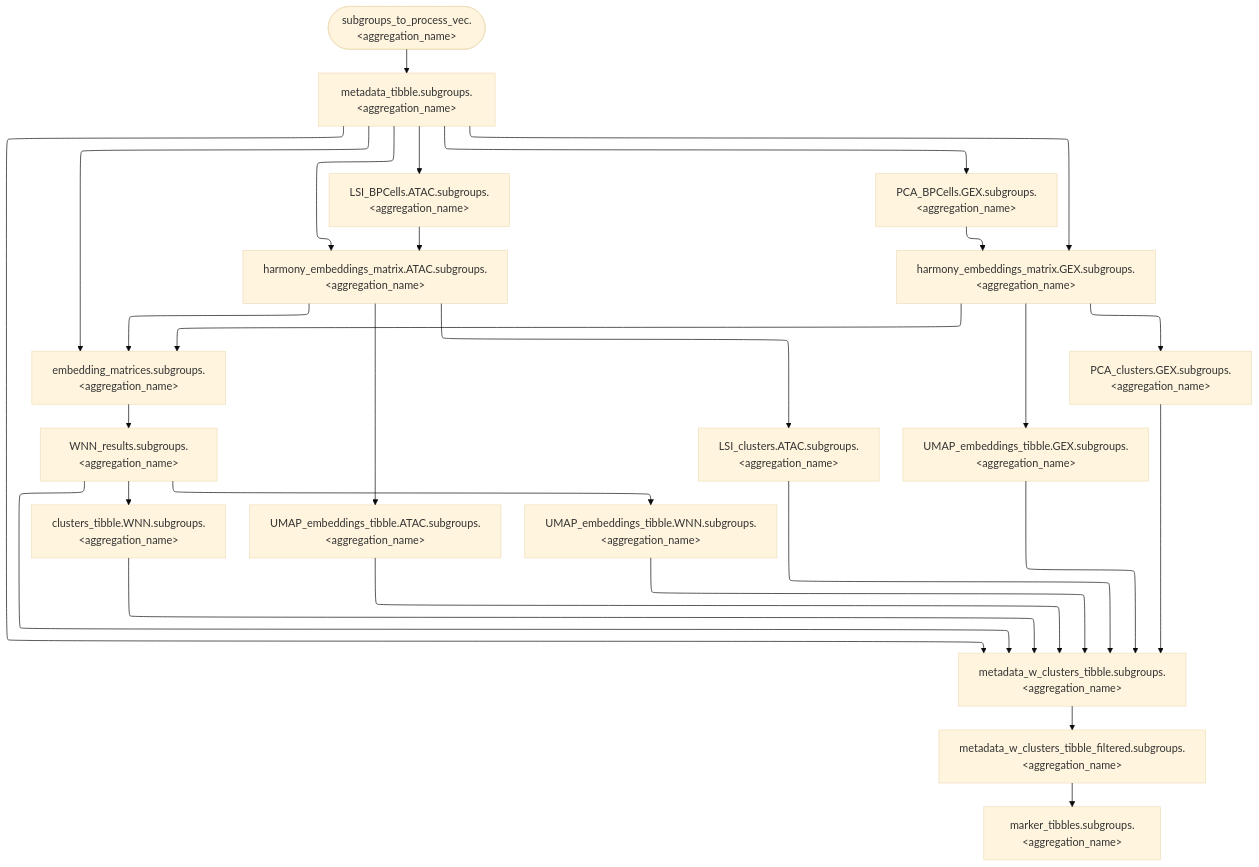
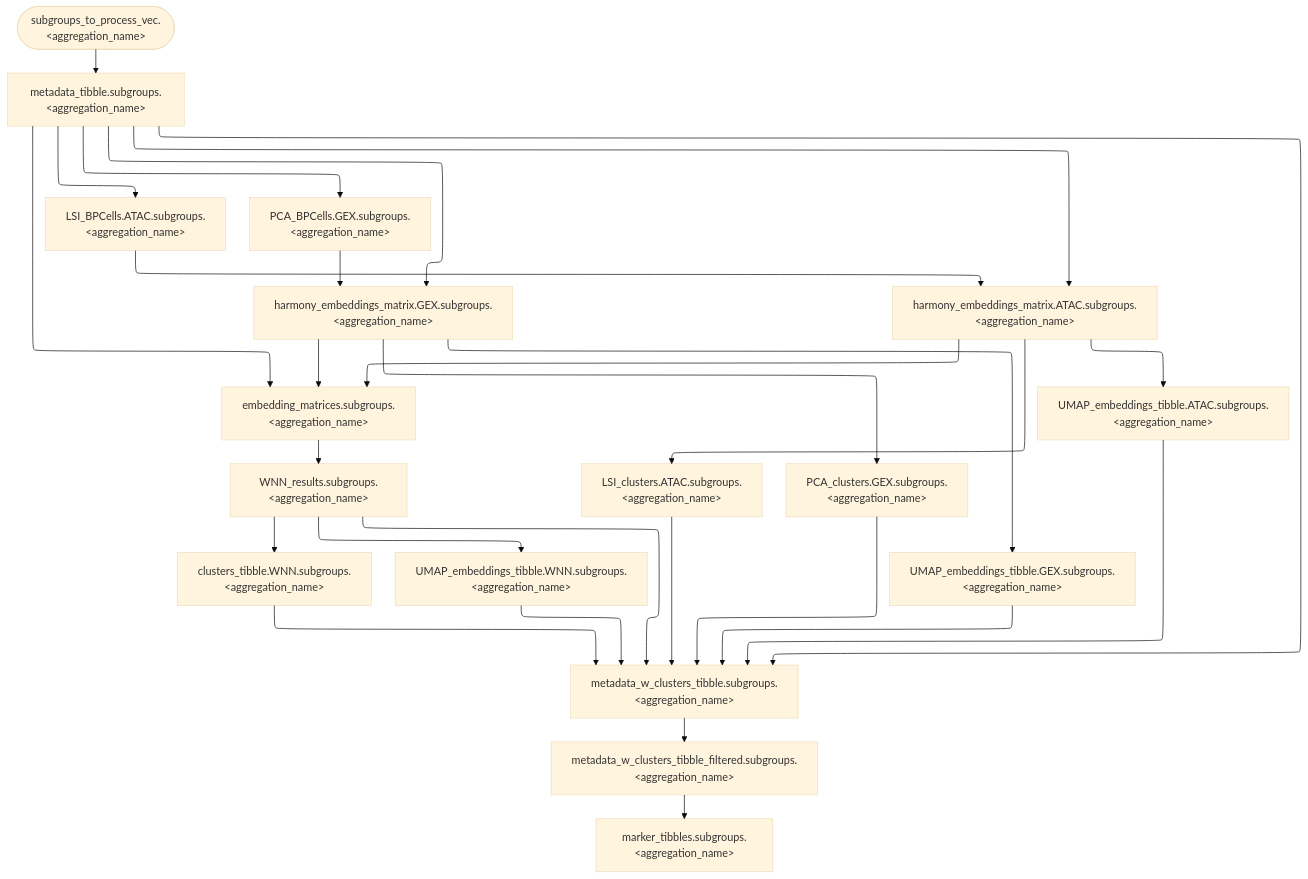
One commit to koefoeden/multiomeR changed the diagram in website/figures/human_curated/full_subgroups_v2.mmd. Above: the diagram before and after it, drawn with Mermaid (base theme). The commit also changed 105 other files, not shown here.

```diff
--- a/website/figures/human_curated/full_subgroups_v2.mmd
+++ b/website/figures/human_curated/full_subgroups_v2.mmd
@@ -1,29 +1,29 @@
 %%{init: {'flowchart': {'defaultRenderer': 'elk'}}}%%
 flowchart TB
-  WNN_results.subgroups.brain_mouse["WNN_results.subgroups.&lt;aggregation_name&gt;"]:::none --> clusters_tibble.WNN.subgroups.brain_mouse["clusters_tibble.WNN.subgroups.&lt;aggregation_name&gt;"]:::none
-  metadata_tibble.subgroups.brain_mouse["metadata_tibble.subgroups.&lt;aggregation_name&gt;"]:::none --> embedding_matrices.subgroups.brain_mouse["embedding_matrices.subgroups.&lt;aggregation_name&gt;"]:::none
-  harmony_embeddings_matrix.ATAC.subgroups.brain_mouse["harmony_embeddings_matrix.ATAC.subgroups.&lt;aggregation_name&gt;"]:::none --> embedding_matrices.subgroups.brain_mouse["embedding_matrices.subgroups.&lt;aggregation_name&gt;"]:::none
-  harmony_embeddings_matrix.GEX.subgroups.brain_mouse["harmony_embeddings_matrix.GEX.subgroups.&lt;aggregation_name&gt;"]:::none --> embedding_matrices.subgroups.brain_mouse["embedding_matrices.subgroups.&lt;aggregation_name&gt;"]:::none
-  LSI_BPCells.ATAC.subgroups.brain_mouse["LSI_BPCells.ATAC.subgroups.&lt;aggregation_name&gt;"]:::none --> harmony_embeddings_matrix.ATAC.subgroups.brain_mouse["harmony_embeddings_matrix.ATAC.subgroups.&lt;aggregation_name&gt;"]:::none
-  metadata_tibble.subgroups.brain_mouse["metadata_tibble.subgroups.&lt;aggregation_name&gt;"]:::none --> harmony_embeddings_matrix.ATAC.subgroups.brain_mouse["harmony_embeddings_matrix.ATAC.subgroups.&lt;aggregation_name&gt;"]:::none
-  metadata_tibble.subgroups.brain_mouse["metadata_tibble.subgroups.&lt;aggregation_name&gt;"]:::none --> harmony_embeddings_matrix.GEX.subgroups.brain_mouse["harmony_embeddings_matrix.GEX.subgroups.&lt;aggregation_name&gt;"]:::none
-  PCA_BPCells.GEX.subgroups.brain_mouse["PCA_BPCells.GEX.subgroups.&lt;aggregation_name&gt;"]:::none --> harmony_embeddings_matrix.GEX.subgroups.brain_mouse["harmony_embeddings_matrix.GEX.subgroups.&lt;aggregation_name&gt;"]:::none
-  metadata_tibble.subgroups.brain_mouse["metadata_tibble.subgroups.&lt;aggregation_name&gt;"]:::none --> LSI_BPCells.ATAC.subgroups.brain_mouse["LSI_BPCells.ATAC.subgroups.&lt;aggregation_name&gt;"]:::none
-  harmony_embeddings_matrix.ATAC.subgroups.brain_mouse["harmony_embeddings_matrix.ATAC.subgroups.&lt;aggregation_name&gt;"]:::none --> LSI_clusters.ATAC.subgroups.brain_mouse["LSI_clusters.ATAC.subgroups.&lt;aggregation_name&gt;"]:::none
-  metadata_w_clusters_tibble_filtered.subgroups.brain_mouse["metadata_w_clusters_tibble_filtered.subgroups.&lt;aggregation_name&gt;"]:::none --> marker_tibbles.subgroups.brain_mouse["marker_tibbles.subgroups.&lt;aggregation_name&gt;"]:::none
-  subgroups_to_process_vec.brain_mouse(["subgroups_to_process_vec.&lt;aggregation_name&gt;"]):::none --> metadata_tibble.subgroups.brain_mouse["metadata_tibble.subgroups.&lt;aggregation_name&gt;"]:::none
-  metadata_w_clusters_tibble.subgroups.brain_mouse["metadata_w_clusters_tibble.subgroups.&lt;aggregation_name&gt;"]:::none --> metadata_w_clusters_tibble_filtered.subgroups.brain_mouse["metadata_w_clusters_tibble_filtered.subgroups.&lt;aggregation_name&gt;"]:::none
-  WNN_results.subgroups.brain_mouse["WNN_results.subgroups.&lt;aggregation_name&gt;"]:::none --> metadata_w_clusters_tibble.subgroups.brain_mouse["metadata_w_clusters_tibble.subgroups.&lt;aggregation_name&gt;"]:::none
-  UMAP_embeddings_tibble.GEX.subgroups.brain_mouse["UMAP_embeddings_tibble.GEX.subgroups.&lt;aggregation_name&gt;"]:::none --> metadata_w_clusters_tibble.subgroups.brain_mouse["metadata_w_clusters_tibble.subgroups.&lt;aggregation_name&gt;"]:::none
-  PCA_clusters.GEX.subgroups.brain_mouse["PCA_clusters.GEX.subgroups.&lt;aggregation_name&gt;"]:::none --> metadata_w_clusters_tibble.subgroups.brain_mouse["metadata_w_clusters_tibble.subgroups.&lt;aggregation_name&gt;"]:::none
-  UMAP_embeddings_tibble.ATAC.subgroups.brain_mouse["UMAP_embeddings_tibble.ATAC.subgroups.&lt;aggregation_name&gt;"]:::none --> metadata_w_clusters_tibble.subgroups.brain_mouse["metadata_w_clusters_tibble.subgroups.&lt;aggregation_name&gt;"]:::none
-  UMAP_embeddings_tibble.WNN.subgroups.brain_mouse["UMAP_embeddings_tibble.WNN.subgroups.&lt;aggregation_name&gt;"]:::none --> metadata_w_clusters_tibble.subgroups.brain_mouse["metadata_w_clusters_tibble.subgroups.&lt;aggregation_name&gt;"]:::none
-  clusters_tibble.WNN.subgroups.brain_mouse["clusters_tibble.WNN.subgroups.&lt;aggregation_name&gt;"]:::none --> metadata_w_clusters_tibble.subgroups.brain_mouse["metadata_w_clusters_tibble.subgroups.&lt;aggregation_name&gt;"]:::none
-  LSI_clusters.ATAC.subgroups.brain_mouse["LSI_clusters.ATAC.subgroups.&lt;aggregation_name&gt;"]:::none --> metadata_w_clusters_tibble.subgroups.brain_mouse["metadata_w_clusters_tibble.subgroups.&lt;aggregation_name&gt;"]:::none
-  metadata_tibble.subgroups.brain_mouse["metadata_tibble.subgroups.&lt;aggregation_name&gt;"]:::none --> metadata_w_clusters_tibble.subgroups.brain_mouse["metadata_w_clusters_tibble.subgroups.&lt;aggregation_name&gt;"]:::none
-  metadata_tibble.subgroups.brain_mouse["metadata_tibble.subgroups.&lt;aggregation_name&gt;"]:::none --> PCA_BPCells.GEX.subgroups.brain_mouse["PCA_BPCells.GEX.subgroups.&lt;aggregation_name&gt;"]:::none
-  harmony_embeddings_matrix.GEX.subgroups.brain_mouse["harmony_embeddings_matrix.GEX.subgroups.&lt;aggregation_name&gt;"]:::none --> PCA_clusters.GEX.subgroups.brain_mouse["PCA_clusters.GEX.subgroups.&lt;aggregation_name&gt;"]:::none
-  harmony_embeddings_matrix.ATAC.subgroups.brain_mouse["harmony_embeddings_matrix.ATAC.subgroups.&lt;aggregation_name&gt;"]:::none --> UMAP_embeddings_tibble.ATAC.subgroups.brain_mouse["UMAP_embeddings_tibble.ATAC.subgroups.&lt;aggregation_name&gt;"]:::none
-  harmony_embeddings_matrix.GEX.subgroups.brain_mouse["harmony_embeddings_matrix.GEX.subgroups.&lt;aggregation_name&gt;"]:::none --> UMAP_embeddings_tibble.GEX.subgroups.brain_mouse["UMAP_embeddings_tibble.GEX.subgroups.&lt;aggregation_name&gt;"]:::none
-  WNN_results.subgroups.brain_mouse["WNN_results.subgroups.&lt;aggregation_name&gt;"]:::none --> UMAP_embeddings_tibble.WNN.subgroups.brain_mouse["UMAP_embeddings_tibble.WNN.subgroups.&lt;aggregation_name&gt;"]:::none
-  embedding_matrices.subgroups.brain_mouse["embedding_matrices.subgroups.&lt;aggregation_name&gt;"]:::none --> WNN_results.subgroups.brain_mouse["WNN_results.subgroups.&lt;aggregation_name&gt;"]:::none
+  WNN_results.subgroups.immune_human_2x["WNN_results.subgroups.&lt;aggregation_name&gt;"]:::none --> clusters_tibble.WNN.subgroups.immune_human_2x["clusters_tibble.WNN.subgroups.&lt;aggregation_name&gt;"]:::none
+  harmony_embeddings_matrix.GEX.subgroups.immune_human_2x["harmony_embeddings_matrix.GEX.subgroups.&lt;aggregation_name&gt;"]:::none --> embedding_matrices.subgroups.immune_human_2x["embedding_matrices.subgroups.&lt;aggregation_name&gt;"]:::none
+  metadata_tibble.subgroups.immune_human_2x["metadata_tibble.subgroups.&lt;aggregation_name&gt;"]:::none --> embedding_matrices.subgroups.immune_human_2x["embedding_matrices.subgroups.&lt;aggregation_name&gt;"]:::none
+  harmony_embeddings_matrix.ATAC.subgroups.immune_human_2x["harmony_embeddings_matrix.ATAC.subgroups.&lt;aggregation_name&gt;"]:::none --> embedding_matrices.subgroups.immune_human_2x["embedding_matrices.subgroups.&lt;aggregation_name&gt;"]:::none
+  LSI_BPCells.ATAC.subgroups.immune_human_2x["LSI_BPCells.ATAC.subgroups.&lt;aggregation_name&gt;"]:::none --> harmony_embeddings_matrix.ATAC.subgroups.immune_human_2x["harmony_embeddings_matrix.ATAC.subgroups.&lt;aggregation_name&gt;"]:::none
+  metadata_tibble.subgroups.immune_human_2x["metadata_tibble.subgroups.&lt;aggregation_name&gt;"]:::none --> harmony_embeddings_matrix.ATAC.subgroups.immune_human_2x["harmony_embeddings_matrix.ATAC.subgroups.&lt;aggregation_name&gt;"]:::none
+  metadata_tibble.subgroups.immune_human_2x["metadata_tibble.subgroups.&lt;aggregation_name&gt;"]:::none --> harmony_embeddings_matrix.GEX.subgroups.immune_human_2x["harmony_embeddings_matrix.GEX.subgroups.&lt;aggregation_name&gt;"]:::none
+  PCA_BPCells.GEX.subgroups.immune_human_2x["PCA_BPCells.GEX.subgroups.&lt;aggregation_name&gt;"]:::none --> harmony_embeddings_matrix.GEX.subgroups.immune_human_2x["harmony_embeddings_matrix.GEX.subgroups.&lt;aggregation_name&gt;"]:::none
+  metadata_tibble.subgroups.immune_human_2x["metadata_tibble.subgroups.&lt;aggregation_name&gt;"]:::none --> LSI_BPCells.ATAC.subgroups.immune_human_2x["LSI_BPCells.ATAC.subgroups.&lt;aggregation_name&gt;"]:::none
+  harmony_embeddings_matrix.ATAC.subgroups.immune_human_2x["harmony_embeddings_matrix.ATAC.subgroups.&lt;aggregation_name&gt;"]:::none --> LSI_clusters.ATAC.subgroups.immune_human_2x["LSI_clusters.ATAC.subgroups.&lt;aggregation_name&gt;"]:::none
+  metadata_w_clusters_tibble_filtered.subgroups.immune_human_2x["metadata_w_clusters_tibble_filtered.subgroups.&lt;aggregation_name&gt;"]:::none --> marker_tibbles.subgroups.immune_human_2x["marker_tibbles.subgroups.&lt;aggregation_name&gt;"]:::none
+  subgroups_to_process_vec.immune_human_2x(["subgroups_to_process_vec.&lt;aggregation_name&gt;"]):::none --> metadata_tibble.subgroups.immune_human_2x["metadata_tibble.subgroups.&lt;aggregation_name&gt;"]:::none
+  metadata_w_clusters_tibble.subgroups.immune_human_2x["metadata_w_clusters_tibble.subgroups.&lt;aggregation_name&gt;"]:::none --> metadata_w_clusters_tibble_filtered.subgroups.immune_human_2x["metadata_w_clusters_tibble_filtered.subgroups.&lt;aggregation_name&gt;"]:::none
+  LSI_clusters.ATAC.subgroups.immune_human_2x["LSI_clusters.ATAC.subgroups.&lt;aggregation_name&gt;"]:::none --> metadata_w_clusters_tibble.subgroups.immune_human_2x["metadata_w_clusters_tibble.subgroups.&lt;aggregation_name&gt;"]:::none
+  metadata_tibble.subgroups.immune_human_2x["metadata_tibble.subgroups.&lt;aggregation_name&gt;"]:::none --> metadata_w_clusters_tibble.subgroups.immune_human_2x["metadata_w_clusters_tibble.subgroups.&lt;aggregation_name&gt;"]:::none
+  PCA_clusters.GEX.subgroups.immune_human_2x["PCA_clusters.GEX.subgroups.&lt;aggregation_name&gt;"]:::none --> metadata_w_clusters_tibble.subgroups.immune_human_2x["metadata_w_clusters_tibble.subgroups.&lt;aggregation_name&gt;"]:::none
+  UMAP_embeddings_tibble.ATAC.subgroups.immune_human_2x["UMAP_embeddings_tibble.ATAC.subgroups.&lt;aggregation_name&gt;"]:::none --> metadata_w_clusters_tibble.subgroups.immune_human_2x["metadata_w_clusters_tibble.subgroups.&lt;aggregation_name&gt;"]:::none
+  UMAP_embeddings_tibble.WNN.subgroups.immune_human_2x["UMAP_embeddings_tibble.WNN.subgroups.&lt;aggregation_name&gt;"]:::none --> metadata_w_clusters_tibble.subgroups.immune_human_2x["metadata_w_clusters_tibble.subgroups.&lt;aggregation_name&gt;"]:::none
+  UMAP_embeddings_tibble.GEX.subgroups.immune_human_2x["UMAP_embeddings_tibble.GEX.subgroups.&lt;aggregation_name&gt;"]:::none --> metadata_w_clusters_tibble.subgroups.immune_human_2x["metadata_w_clusters_tibble.subgroups.&lt;aggregation_name&gt;"]:::none
+  WNN_results.subgroups.immune_human_2x["WNN_results.subgroups.&lt;aggregation_name&gt;"]:::none --> metadata_w_clusters_tibble.subgroups.immune_human_2x["metadata_w_clusters_tibble.subgroups.&lt;aggregation_name&gt;"]:::none
+  clusters_tibble.WNN.subgroups.immune_human_2x["clusters_tibble.WNN.subgroups.&lt;aggregation_name&gt;"]:::none --> metadata_w_clusters_tibble.subgroups.immune_human_2x["metadata_w_clusters_tibble.subgroups.&lt;aggregation_name&gt;"]:::none
+  metadata_tibble.subgroups.immune_human_2x["metadata_tibble.subgroups.&lt;aggregation_name&gt;"]:::none --> PCA_BPCells.GEX.subgroups.immune_human_2x["PCA_BPCells.GEX.subgroups.&lt;aggregation_name&gt;"]:::none
+  harmony_embeddings_matrix.GEX.subgroups.immune_human_2x["harmony_embeddings_matrix.GEX.subgroups.&lt;aggregation_name&gt;"]:::none --> PCA_clusters.GEX.subgroups.immune_human_2x["PCA_clusters.GEX.subgroups.&lt;aggregation_name&gt;"]:::none
+  harmony_embeddings_matrix.ATAC.subgroups.immune_human_2x["harmony_embeddings_matrix.ATAC.subgroups.&lt;aggregation_name&gt;"]:::none --> UMAP_embeddings_tibble.ATAC.subgroups.immune_human_2x["UMAP_embeddings_tibble.ATAC.subgroups.&lt;aggregation_name&gt;"]:::none
+  harmony_embeddings_matrix.GEX.subgroups.immune_human_2x["harmony_embeddings_matrix.GEX.subgroups.&lt;aggregation_name&gt;"]:::none --> UMAP_embeddings_tibble.GEX.subgroups.immune_human_2x["UMAP_embeddings_tibble.GEX.subgroups.&lt;aggregation_name&gt;"]:::none
+  WNN_results.subgroups.immune_human_2x["WNN_results.subgroups.&lt;aggregation_name&gt;"]:::none --> UMAP_embeddings_tibble.WNN.subgroups.immune_human_2x["UMAP_embeddings_tibble.WNN.subgroups.&lt;aggregation_name&gt;"]:::none
+  embedding_matrices.subgroups.immune_human_2x["embedding_matrices.subgroups.&lt;aggregation_name&gt;"]:::none --> WNN_results.subgroups.immune_human_2x["WNN_results.subgroups.&lt;aggregation_name&gt;"]:::none
```
